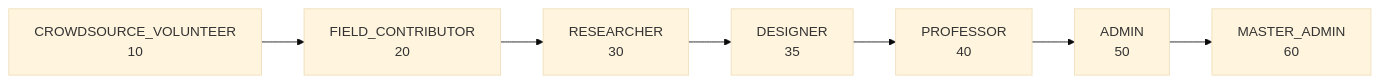
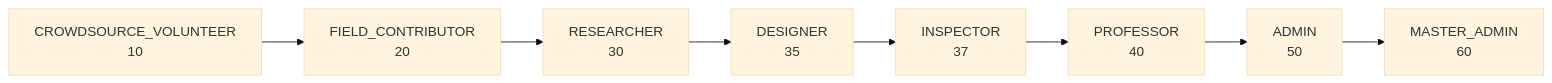
Before and after one commit to cxacraftecosystem-ui/designer-portal: the sixth of 9 diagrams in docs/RESEARCH_NOTES.md, drawn with Mermaid (base theme). The commit also changed other lines of this file and 500 other files, not shown here.

````diff
--- a/docs/RESEARCH_NOTES.md
+++ b/docs/RESEARCH_NOTES.md
@@ -763,4 +765,4 @@
 ```mermaid
 flowchart LR
-  v["CROWDSOURCE_VOLUNTEER<br/>10"] --> f["FIELD_CONTRIBUTOR<br/>20"] --> r["RESEARCHER<br/>30"] --> d["DESIGNER<br/>35"] --> p["PROFESSOR<br/>40"] --> a["ADMIN<br/>50"] --> m["MASTER_ADMIN<br/>60"]
+  v["CROWDSOURCE_VOLUNTEER<br/>10"] --> f["FIELD_CONTRIBUTOR<br/>20"] --> r["RESEARCHER<br/>30"] --> d["DESIGNER<br/>35"] --> i["INSPECTOR<br/>37"] --> p["PROFESSOR<br/>40"] --> a["ADMIN<br/>50"] --> m["MASTER_ADMIN<br/>60"]
 ```
````
